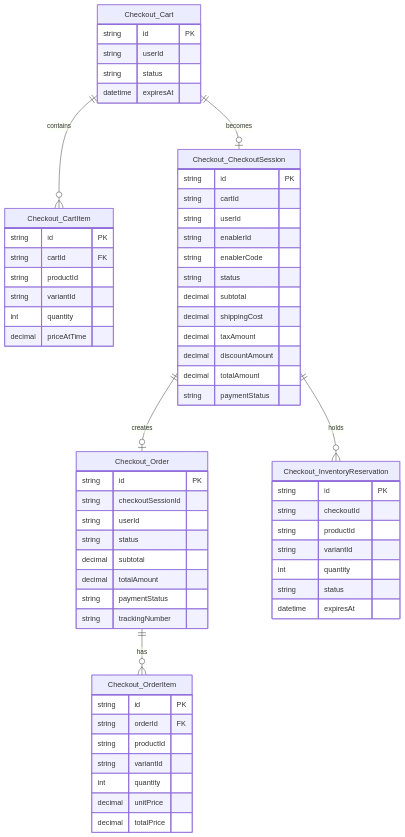
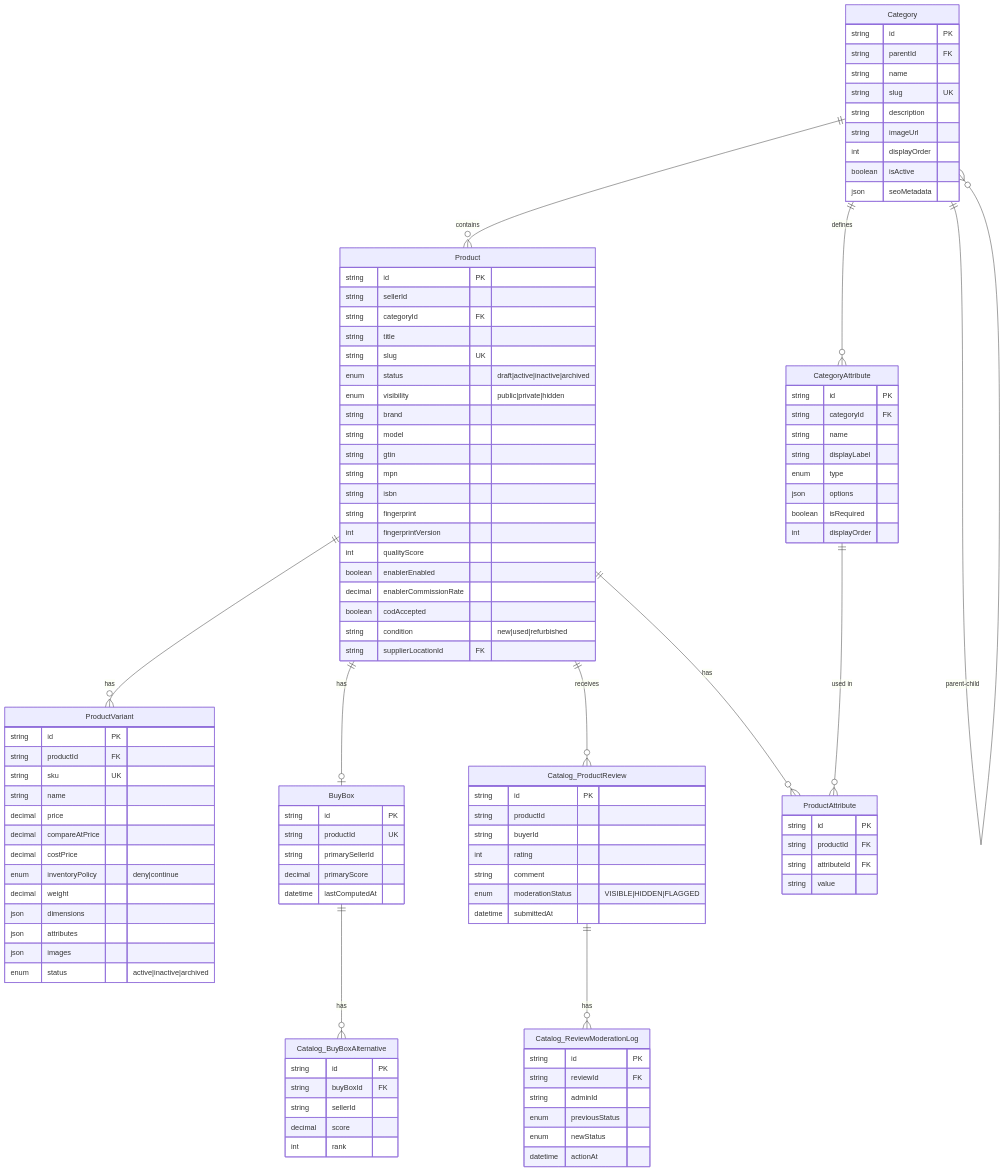
Before and after one commit to maysar-014/maysar-express-backend: the second of 7 diagrams in docs/architecture/database-relationship-diagrams.md, drawn with Mermaid. The commit also changed other lines of this file and 5 other files, not shown here.

First line of the commit message:
docs: rebuild diagrams from actual source code evidence

````diff
--- a/docs/architecture/database-relationship-diagrams.md
+++ b/docs/architecture/database-relationship-diagrams.md
@@ -114,70 +105,117 @@
 ```mermaid
 erDiagram
-    Checkout_Cart {
+    Category {
         string id PK
-        string userId
-        string status
-        datetime expiresAt
+        string parentId FK
+        string name
+        string slug UK
+        string description
+        string imageUrl
+        int displayOrder
+        boolean isActive
+        json seoMetadata
     }
 
-    Checkout_CartItem {
+    Product {
         string id PK
-        string cartId FK
-        string productId
-        string variantId
-        int quantity
-        decimal priceAtTime
+        string sellerId
+        string categoryId FK
+        string title
+        string slug UK
+        enum status "draft|active|inactive|archived"
+        enum visibility "public|private|hidden"
+        string brand
+        string model
+        string gtin
+        string mpn
+        string isbn
+        string fingerprint
+        int fingerprintVersion
+        int qualityScore
+        boolean enablerEnabled
+        decimal enablerCommissionRate
+        boolean codAccepted
+        string condition "new|used|refurbished"
+        string supplierLocationId FK
     }
 
-    Checkout_CheckoutSession {
+    ProductVariant {
         string id PK
-        string cartId
-        string userId
-        string enablerId
-        string enablerCode
-        string status
-        decimal subtotal
-        decimal shippingCost
-        decimal taxAmount
-        decimal discountAmount
-        decimal totalAmount
-        string paymentStatus
+        string productId FK
+        string sku UK
+        string name
+        decimal price
+        decimal compareAtPrice
+        decimal costPrice
+        enum inventoryPolicy "deny|continue"
+        decimal weight
+        json dimensions
+        json attributes
+        json images
+        enum status "active|inactive|archived"
     }
 
-    Checkout_Order {
+    BuyBox {
         string id PK
-        string checkoutSessionId
-        string userId
-        string status
-        decimal subtotal
-        decimal totalAmount
-        string paymentStatus
-        string trackingNumber
+        string productId UK
+        string primarySellerId
+        decimal primaryScore
+        datetime lastComputedAt
     }
 
-    Checkout_OrderItem {
+    Catalog_BuyBoxAlternative {
         string id PK
-        string orderId FK
-        string productId
-        string variantId
-        int quantity
-        decimal unitPrice
-        decimal totalPrice
+        string buyBoxId FK
+        string sellerId
+        decimal score
+        int rank
     }
 
-    Checkout_InventoryReservation {
+    Catalog_ProductReview {
         string id PK
-        string checkoutId
         string productId
-        string variantId
-        int quantity
-        string status
-        datetime expiresAt
+        string buyerId
+        int rating
+        string comment
+        enum moderationStatus "VISIBLE|HIDDEN|FLAGGED"
+        datetime submittedAt
     }
 
-    Checkout_Cart ||--o{ Checkout_CartItem : "contains"
-    Checkout_Cart ||--o| Checkout_CheckoutSession : "becomes"
-    Checkout_CheckoutSession ||--o| Checkout_Order : "creates"
-    Checkout_Order ||--o{ Checkout_OrderItem : "has"
-    Checkout_CheckoutSession ||--o{ Checkout_InventoryReservation : "holds"
+    Catalog_ReviewModerationLog {
+        string id PK
+        string reviewId FK
+        string adminId
+        enum previousStatus
+        enum newStatus
+        datetime actionAt
+    }
+
+    CategoryAttribute {
+        string id PK
+        string categoryId FK
+        string name
+        string displayLabel
+        enum type
+        json options
+        boolean isRequired
+        int displayOrder
+    }
+
+    ProductAttribute {
+        string id PK
+        string productId FK
+        string attributeId FK
+        string value
+    }
+
+    Category ||--o{ Category : "parent-child"
+    Category ||--o{ Product : "contains"
+    Category ||--o{ CategoryAttribute : "defines"
+    Product ||--o{ ProductVariant : "has"
+    Product ||--o| BuyBox : "has"
+    Product ||--o{ Catalog_ProductReview : "receives"
+    Product ||--o{ ProductAttribute : "has"
+    BuyBox ||--o{ Catalog_BuyBoxAlternative : "has"
+    Catalog_ProductReview ||--o{ Catalog_ReviewModerationLog : "has"
+    CategoryAttribute ||--o{ ProductAttribute : "used in"
 ```
````
